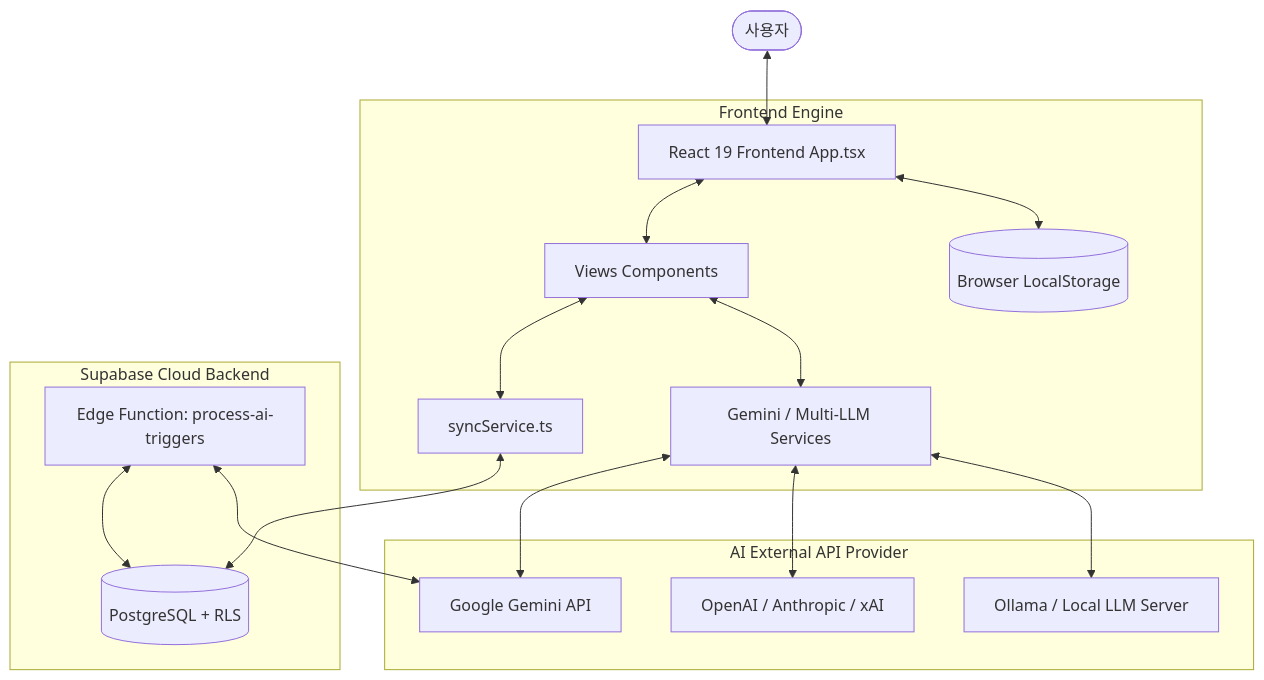
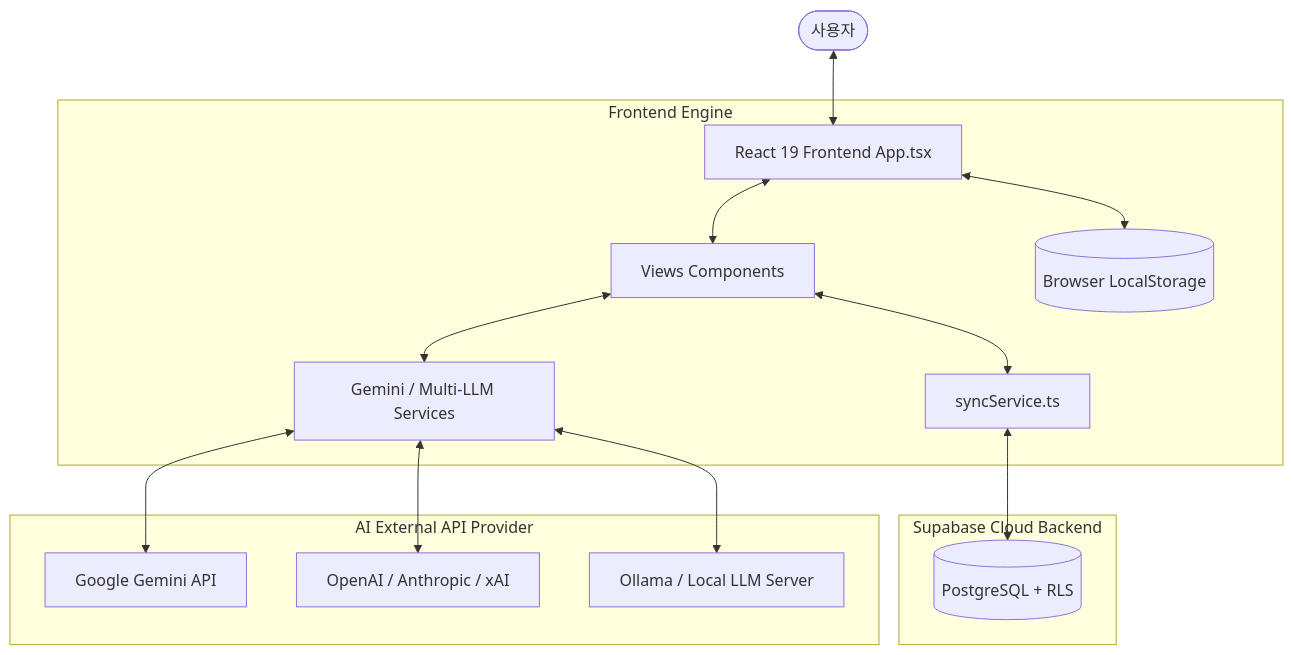
Before and after one commit to deep-choi/dayflow: the diagram in LLM_WIKI.md, drawn with Mermaid. The commit also changed other lines of this file and 31 other files, not shown here.

````diff
--- a/LLM_WIKI.md
+++ b/LLM_WIKI.md
@@ -44,23 +43,21 @@
 ```mermaid
 flowchart TD
     User([사용자]) <--> ReactApp[React 19 Frontend App.tsx]
     
     subgraph Frontend Engine
         ReactApp <--> Views[Views Components]
         Views <--> SyncService[syncService.ts]
         Views <--> AIServices[Gemini / Multi-LLM Services]
         ReactApp <--> LocalStorage[(Browser LocalStorage)]
     end
 
     subgraph Supabase Cloud Backend
         SyncService <--> SupabaseDB[(PostgreSQL + RLS)]
-        EdgeFunc[Edge Function: process-ai-triggers] <--> SupabaseDB
     end
 
     subgraph AI External API Provider
         AIServices <--> GeminiAPI[Google Gemini API]
         AIServices <--> OpenAIAPI[OpenAI / Anthropic / xAI]
         AIServices <--> LocalOllama[Ollama / Local LLM Server]
-        EdgeFunc <--> GeminiAPI
     end
 ```
````
